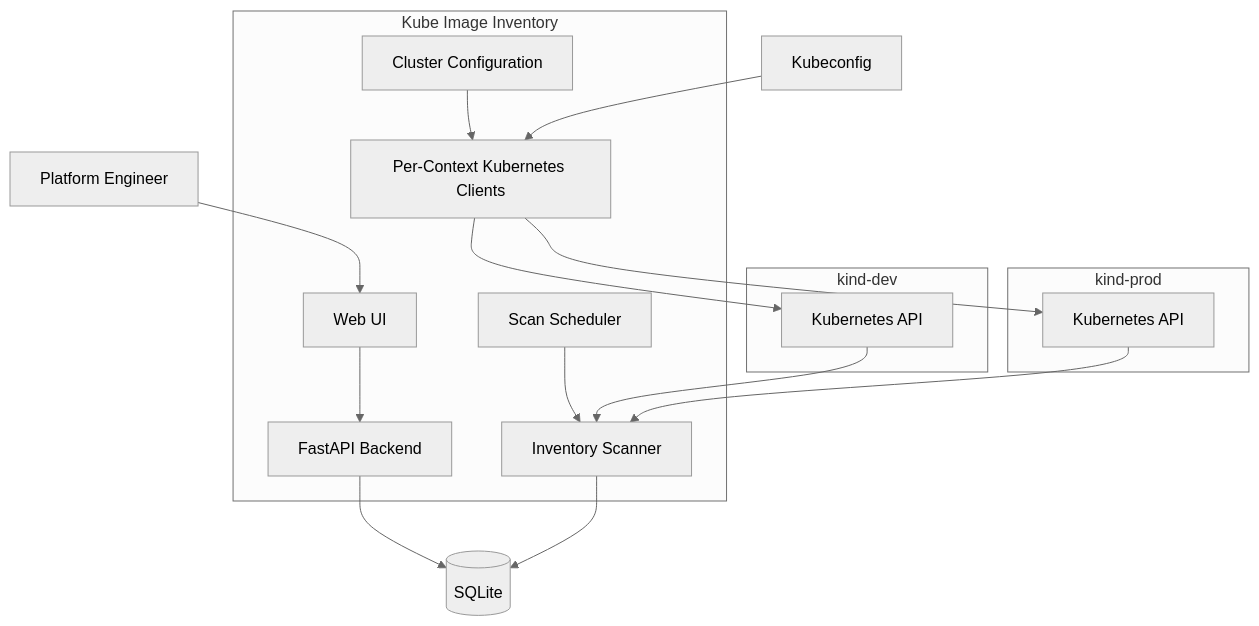
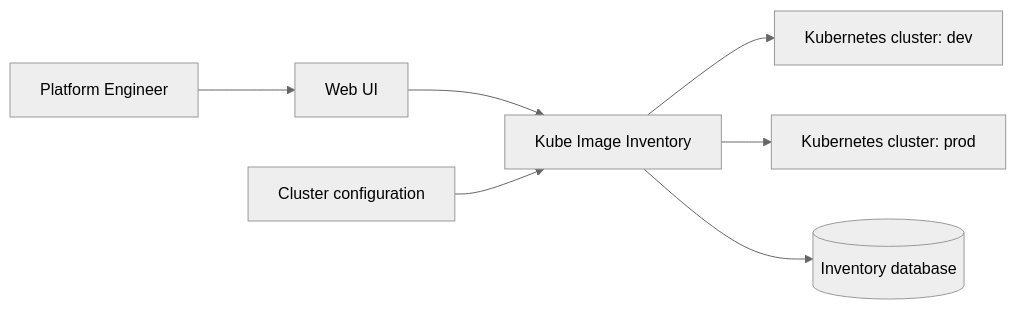
The diagram in README.md (mstrugarevic1/kube-image-inventory), drawn with Mermaid (neutral theme) before and after one commit. The commit also changed other lines of this file, not shown here.

````diff
--- a/README.md
+++ b/README.md
@@ -50,40 +24,9 @@
 ```mermaid
-flowchart TB
-    USER[Platform Engineer]
-
-    subgraph APP["Kube Image Inventory"]
-        UI[Web UI]
-        API[FastAPI Backend]
-        SCHEDULER[Scan Scheduler]
-        CONFIG[Cluster Configuration]
-        CLIENTS[Per-Context Kubernetes Clients]
-        SCANNER[Inventory Scanner]
-    end
-
-    KUBECONFIG[Kubeconfig]
-    DB[(SQLite)]
-
-    subgraph DEV["kind-dev"]
-        DEV_API[Kubernetes API]
-    end
-
-    subgraph PROD["kind-prod"]
-        PROD_API[Kubernetes API]
-    end
-
-    USER --> UI
-    UI --> API
-    API --> DB
-
-    SCHEDULER --> SCANNER
-    CONFIG --> CLIENTS
-    KUBECONFIG --> CLIENTS
-
-    CLIENTS --> DEV_API
-    CLIENTS --> PROD_API
-
-    DEV_API --> SCANNER
-    PROD_API --> SCANNER
-
-    SCANNER --> DB
+flowchart LR
+    U[Platform Engineer] --> UI[Web UI]
+    UI --> APP[Kube Image Inventory]
+    CFG[Cluster configuration] --> APP
+    APP --> DEV[Kubernetes cluster: dev]
+    APP --> PROD[Kubernetes cluster: prod]
+    APP --> DB[(Inventory database)]
 ```
````
